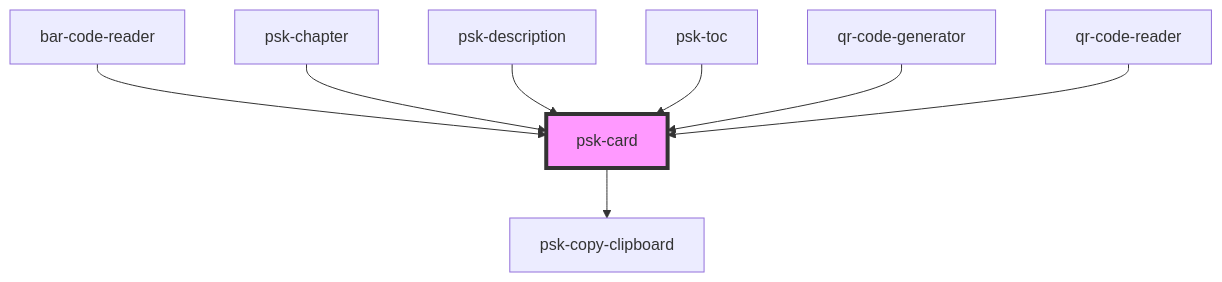
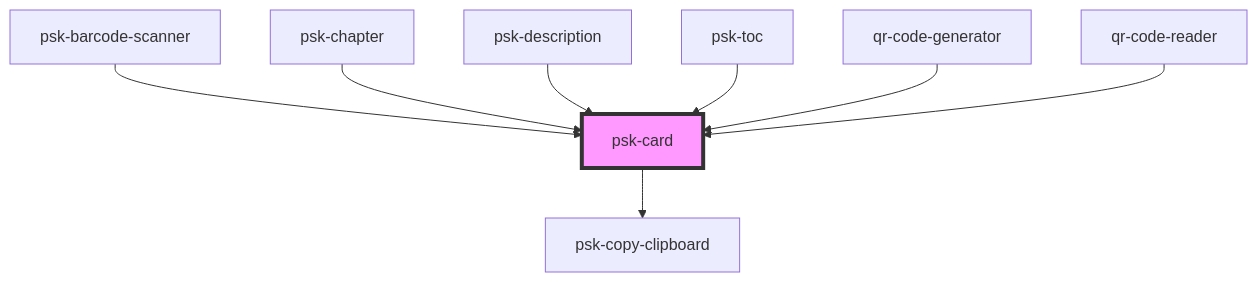
One commit to daniel-visoiu/cardinal changed the diagram in src/components/psk-card/readme.md. Above: the diagram before and after it, drawn with Mermaid. The commit also changed other lines of this file and 7 other files, not shown here.

````diff
--- a/src/components/psk-card/readme.md
+++ b/src/components/psk-card/readme.md
@@ -32,11 +32,11 @@
 ```mermaid
 graph TD;
   psk-card --> psk-copy-clipboard
-  bar-code-reader --> psk-card
+  psk-barcode-scanner --> psk-card
   psk-chapter --> psk-card
   psk-description --> psk-card
   psk-toc --> psk-card
   qr-code-generator --> psk-card
   qr-code-reader --> psk-card
   style psk-card fill:#f9f,stroke:#333,stroke-width:4px
 ```
````
